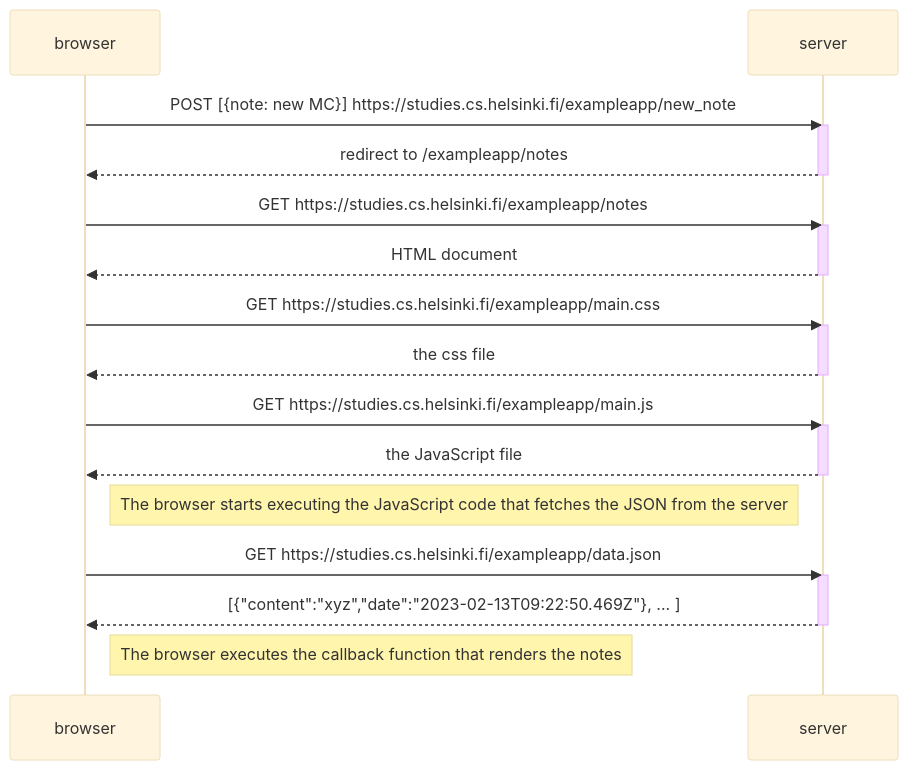
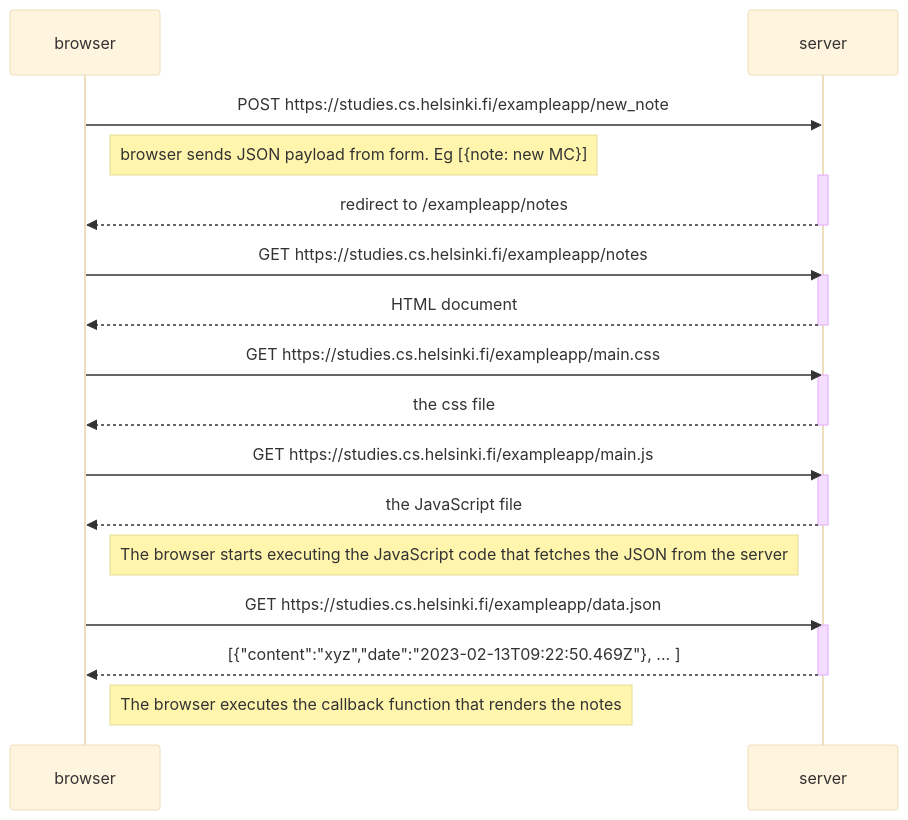
One commit to mariocauwe/fullstackopen changed the diagram in part0/0.4.md. Above: the diagram before and after it, drawn with Mermaid (base theme).

````diff
--- a/part0/0.4.md
+++ b/part0/0.4.md
@@ -2,34 +2,35 @@
 ```mermaid
 sequenceDiagram
     participant browser
     participant server
 
-    browser->>server: POST [{note: new MC}] https://studies.cs.helsinki.fi/exampleapp/new_note
+    browser->>server: POST  https://studies.cs.helsinki.fi/exampleapp/new_note
+    Note right of browser: browser sends JSON payload from form. Eg [{note: new MC}]
     activate server
     server-->>browser: redirect to /exampleapp/notes
     deactivate server
 
     browser->>server: GET https://studies.cs.helsinki.fi/exampleapp/notes
-    activate server
+    activate server  
     server-->>browser: HTML document
     deactivate server
 
     browser->>server: GET https://studies.cs.helsinki.fi/exampleapp/main.css
     activate server
     server-->>browser: the css file
     deactivate server
     
     browser->>server: GET https://studies.cs.helsinki.fi/exampleapp/main.js
     activate server
     server-->>browser: the JavaScript file
     deactivate server
 
     Note right of browser: The browser starts executing the JavaScript code that fetches the JSON from the server
     
     browser->>server: GET https://studies.cs.helsinki.fi/exampleapp/data.json
     activate server
     server-->>browser: [{"content":"xyz","date":"2023-02-13T09:22:50.469Z"}, ... ]
     deactivate server    
 
     Note right of browser: The browser executes the callback function that renders the notes 
 ```
````
